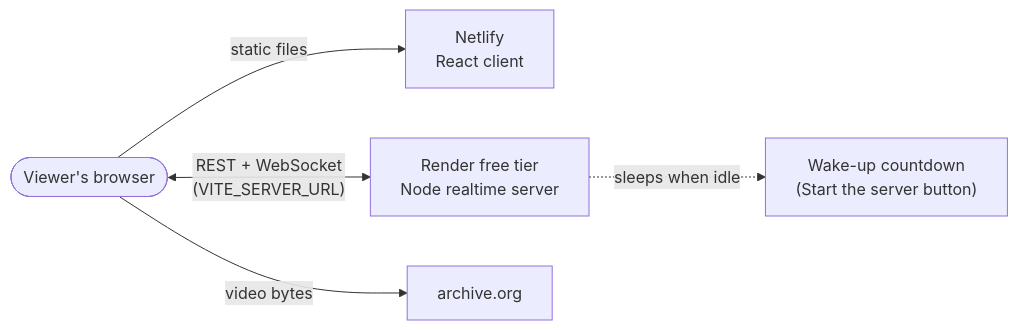
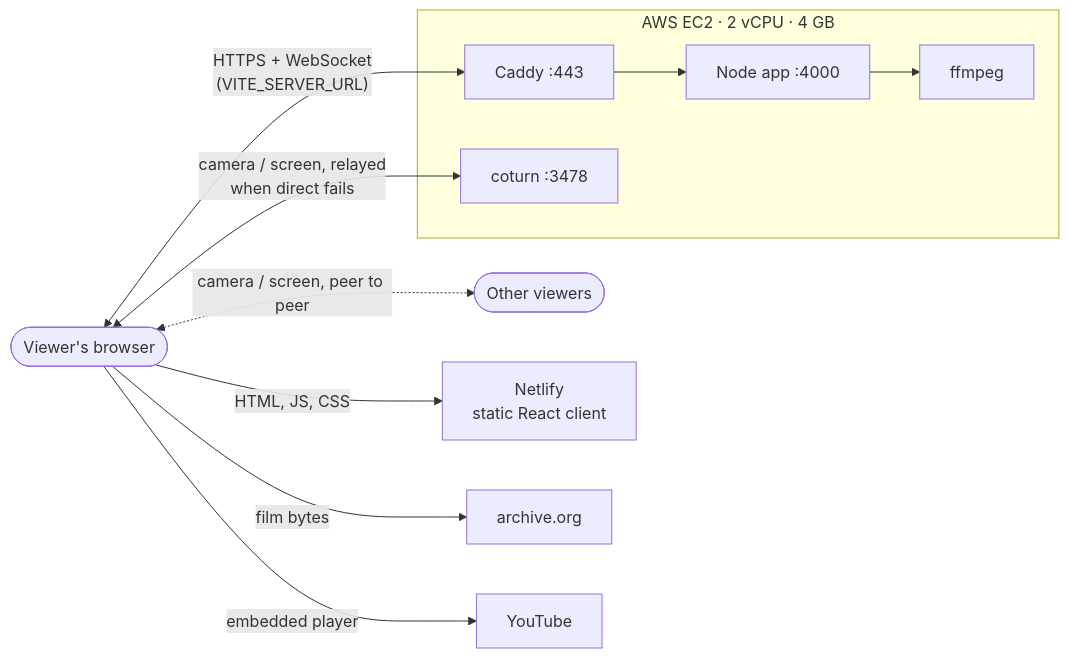
Before and after one commit to DharoonBalajii/Watch-Party-VinnovateIT: the second of 5 diagrams in README.md, drawn with Mermaid. The commit also changed other lines of this file and 45 other files, not shown here.

````diff
--- a/README.md
+++ b/README.md
@@ -133,7 +172,17 @@
 ```mermaid
 flowchart LR
-  User(["Viewer's browser"]) -->|static files| Netlify["Netlify<br/>React client"]
-  User <-->|"REST + WebSocket<br/>(VITE_SERVER_URL)"| Render["Render free tier<br/>Node realtime server"]
-  User -->|video bytes| Archive["archive.org"]
-  Render -. "sleeps when idle" .-> Wake["Wake-up countdown<br/>(Start the server button)"]
+  User(["Viewer's browser"])
+  Peer(["Other viewers"])
+  Netlify["Netlify<br/>static React client"]
+  subgraph EC2["AWS EC2 · 2 vCPU · 4 GB"]
+    Caddy["Caddy :443"] --> Node["Node app :4000"]
+    Node --> FF["ffmpeg"]
+    Turn["coturn :3478"]
+  end
+  User -->|"HTML, JS, CSS"| Netlify
+  User <-->|"HTTPS + WebSocket<br/>(VITE_SERVER_URL)"| Caddy
+  User <-.->|"camera / screen, peer to peer"| Peer
+  User <-->|"camera / screen, relayed<br/>when direct fails"| Turn
+  User -->|"film bytes"| Archive["archive.org"]
+  User -->|"embedded player"| YT["YouTube"]
 ```
````
